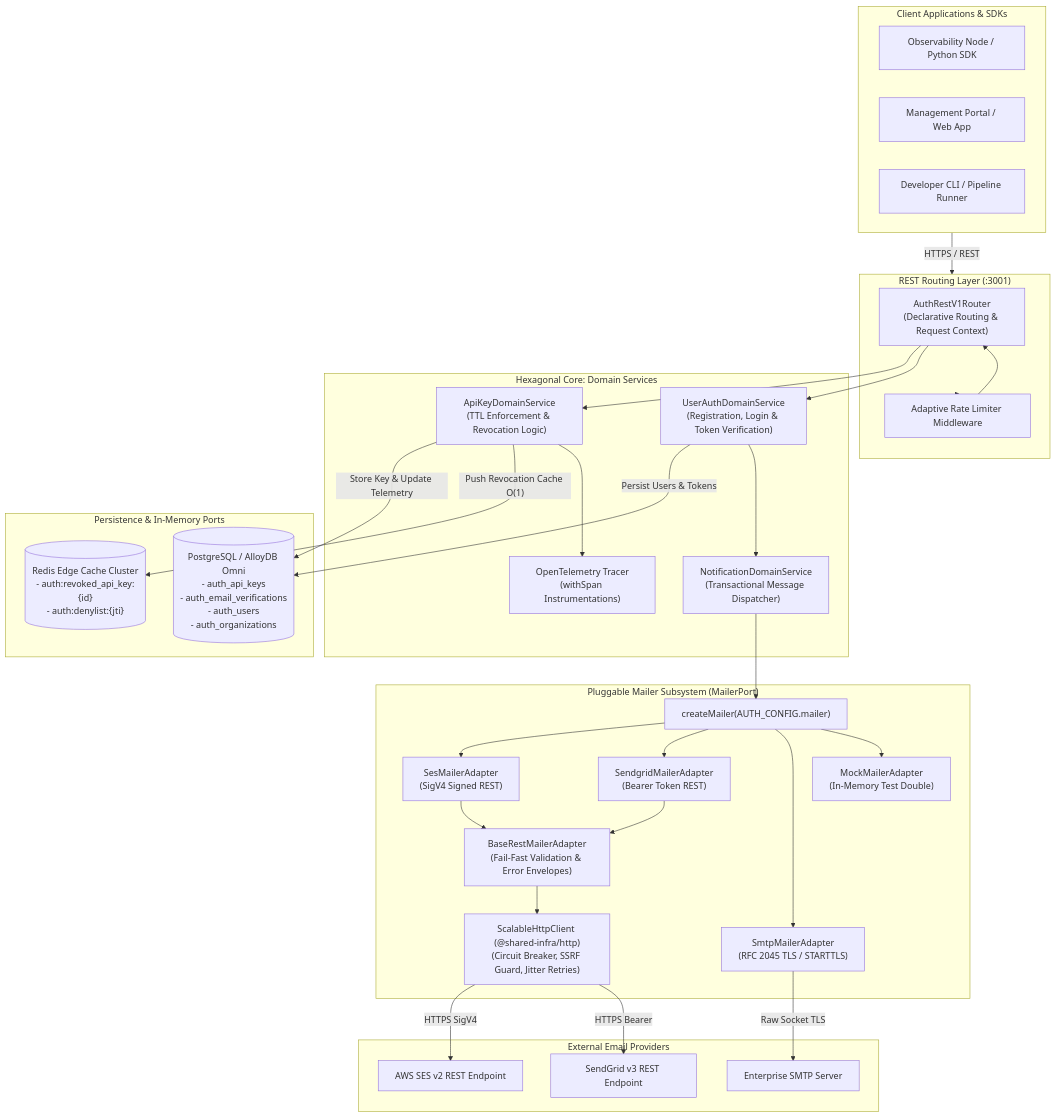
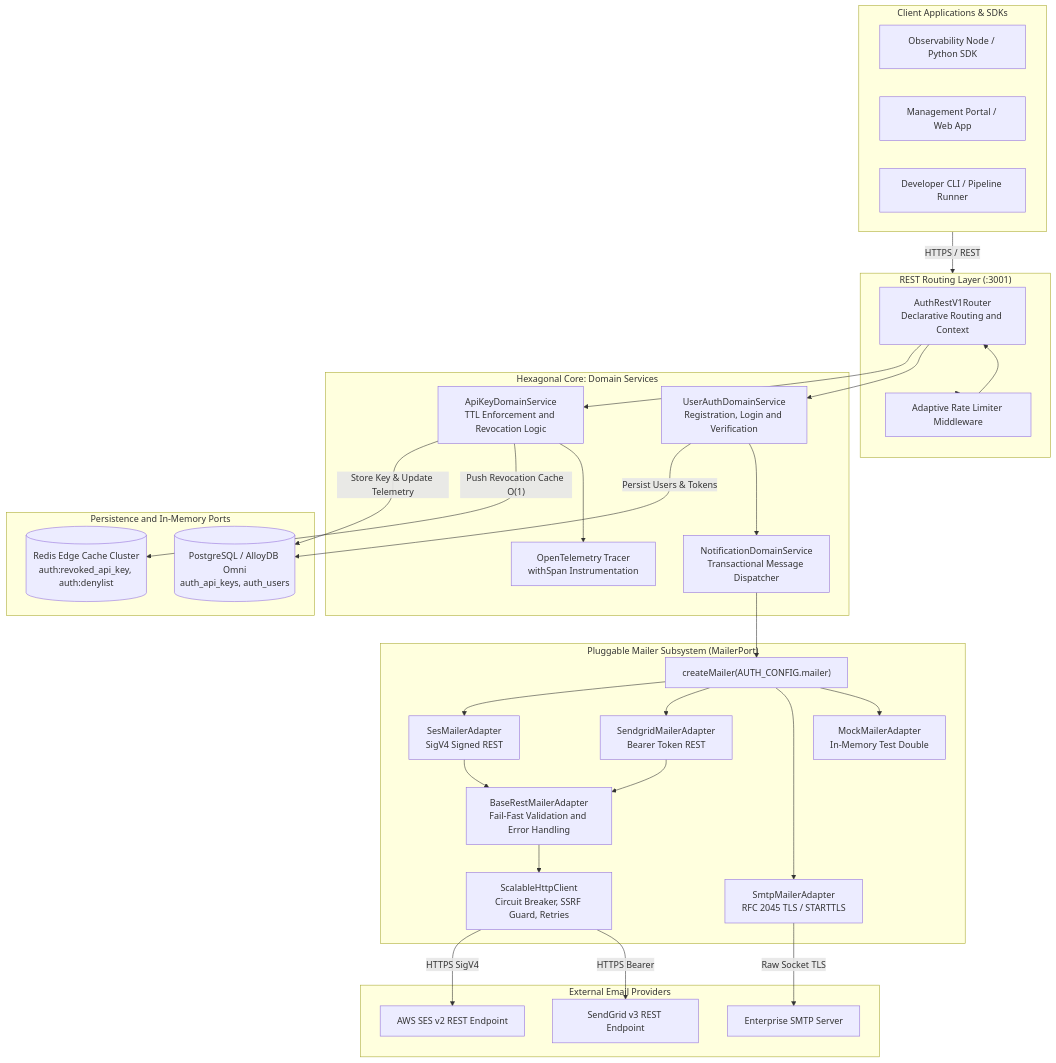
The first of 12 diagrams in adr/0011-api-key-engine-ttl-revocation-and-transactional-mailer.md (Chief-Strategist-J/auth), drawn with Mermaid before and after one commit. The commit also changed other lines of this file, not shown here.

Commit message:
fix(docs): replace erDiagram with flowchart and remove all literal newline escapes

````diff
--- a/adr/0011-api-key-engine-ttl-revocation-and-transactional-mailer.md
+++ b/adr/0011-api-key-engine-ttl-revocation-and-transactional-mailer.md
@@ -50,69 +50,69 @@
 ```mermaid
 flowchart TD
     subgraph ClientLayer["Client Applications & SDKs"]
         SDK["Observability Node / Python SDK"]
         AdminUI["Management Portal / Web App"]
         CLI["Developer CLI / Pipeline Runner"]
     end
 
     subgraph APIGateway["REST Routing Layer (:3001)"]
-        RestRouter["AuthRestV1Router\n(Declarative Routing & Request Context)"]
+        RestRouter["AuthRestV1Router<br/>Declarative Routing and Context"]
         RateLimiterMW["Adaptive Rate Limiter Middleware"]
     end
 
     subgraph CoreServices["Hexagonal Core: Domain Services"]
-        ApiKeyService["ApiKeyDomainService\n(TTL Enforcement & Revocation Logic)"]
-        UserAuthService["UserAuthDomainService\n(Registration, Login & Token Verification)"]
-        NotificationService["NotificationDomainService\n(Transactional Message Dispatcher)"]
-        Tracer["OpenTelemetry Tracer\n(withSpan Instrumentations)"]
+        ApiKeyService["ApiKeyDomainService<br/>TTL Enforcement and Revocation Logic"]
+        UserAuthService["UserAuthDomainService<br/>Registration, Login and Verification"]
+        NotificationService["NotificationDomainService<br/>Transactional Message Dispatcher"]
+        Tracer["OpenTelemetry Tracer<br/>withSpan Instrumentation"]
     end
 
-    subgraph DataAdapters["Persistence & In-Memory Ports"]
-        PostgresRepo[("PostgreSQL / AlloyDB Omni\n- auth_api_keys\n- auth_email_verifications\n- auth_users\n- auth_organizations")]
-        RedisCache[("Redis Edge Cache Cluster\n- auth:revoked_api_key:{id}\n- auth:denylist:{jti}")]
+    subgraph DataAdapters["Persistence and In-Memory Ports"]
+        PostgresRepo[("PostgreSQL / AlloyDB Omni<br/>auth_api_keys, auth_users")]
+        RedisCache[("Redis Edge Cache Cluster<br/>auth:revoked_api_key, auth:denylist")]
     end
 
     subgraph MailerInfra["Pluggable Mailer Subsystem (MailerPort)"]
         MailerFactory["createMailer(AUTH_CONFIG.mailer)"]
-        BaseRest["BaseRestMailerAdapter\n(Fail-Fast Validation & Error Envelopes)"]
-        HttpClient["ScalableHttpClient (@shared-infra/http)\n(Circuit Breaker, SSRF Guard, Jitter Retries)"]
-        SES["SesMailerAdapter\n(SigV4 Signed REST)"]
-        SendGrid["SendgridMailerAdapter\n(Bearer Token REST)"]
-        SMTP["SmtpMailerAdapter\n(RFC 2045 TLS / STARTTLS)"]
-        Mock["MockMailerAdapter\n(In-Memory Test Double)"]
+        BaseRest["BaseRestMailerAdapter<br/>Fail-Fast Validation and Error Handling"]
+        HttpClient["ScalableHttpClient<br/>Circuit Breaker, SSRF Guard, Retries"]
+        SES["SesMailerAdapter<br/>SigV4 Signed REST"]
+        SendGrid["SendgridMailerAdapter<br/>Bearer Token REST"]
+        SMTP["SmtpMailerAdapter<br/>RFC 2045 TLS / STARTTLS"]
+        Mock["MockMailerAdapter<br/>In-Memory Test Double"]
     end
 
     subgraph RemoteProviders["External Email Providers"]
         AWSSES["AWS SES v2 REST Endpoint"]
         SendGridAPI["SendGrid v3 REST Endpoint"]
         SMTPServer["Enterprise SMTP Server"]
     end
 
     ClientLayer -->|"HTTPS / REST"| APIGateway
     APIGateway --> RateLimiterMW
     RateLimiterMW --> RestRouter
 
     RestRouter --> ApiKeyService
     RestRouter --> UserAuthService
 
     ApiKeyService -->|"Store Key & Update Telemetry"| PostgresRepo
     ApiKeyService -->|"Push Revocation Cache O(1)"| RedisCache
     ApiKeyService --> Tracer
 
     UserAuthService -->|"Persist Users & Tokens"| PostgresRepo
     UserAuthService --> NotificationService
 
     NotificationService --> MailerFactory
     MailerFactory --> SES
     MailerFactory --> SendGrid
     MailerFactory --> SMTP
     MailerFactory --> Mock
 
     SES --> BaseRest
     SendGrid --> BaseRest
     BaseRest --> HttpClient
 
     HttpClient -->|"HTTPS SigV4"| AWSSES
     HttpClient -->|"HTTPS Bearer"| SendGridAPI
     SMTP -->|"Raw Socket TLS"| SMTPServer
 ```
````
